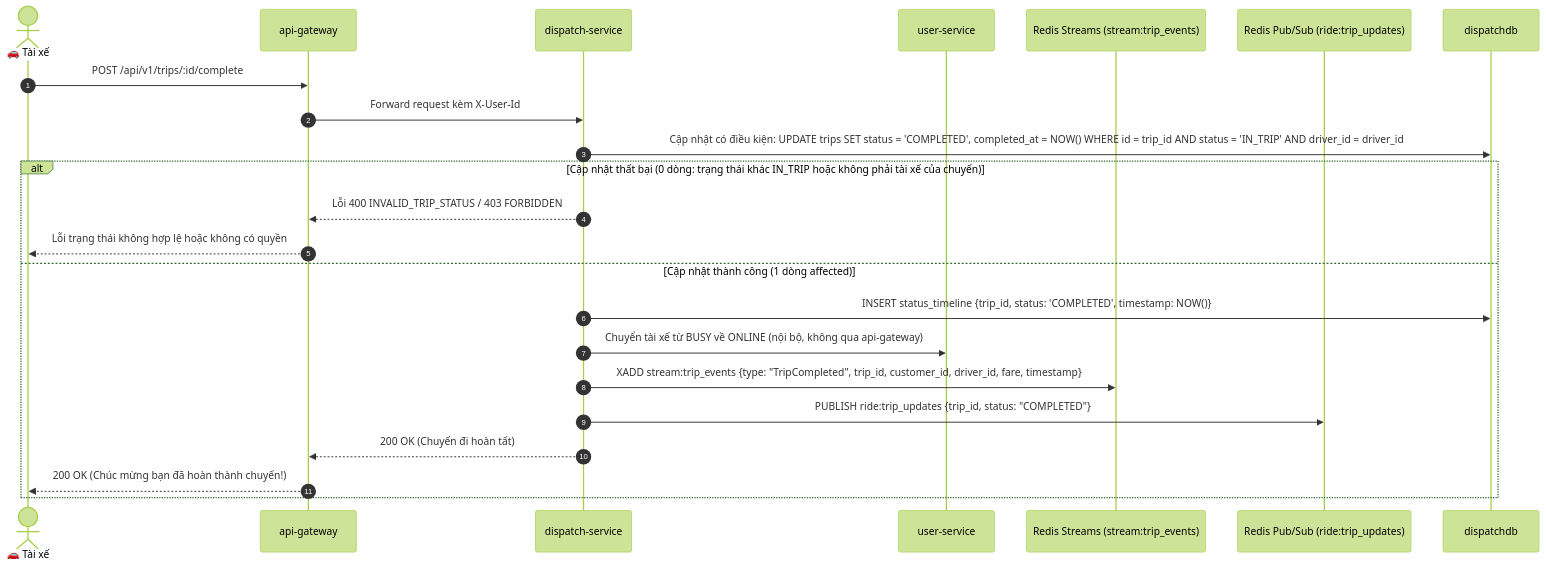
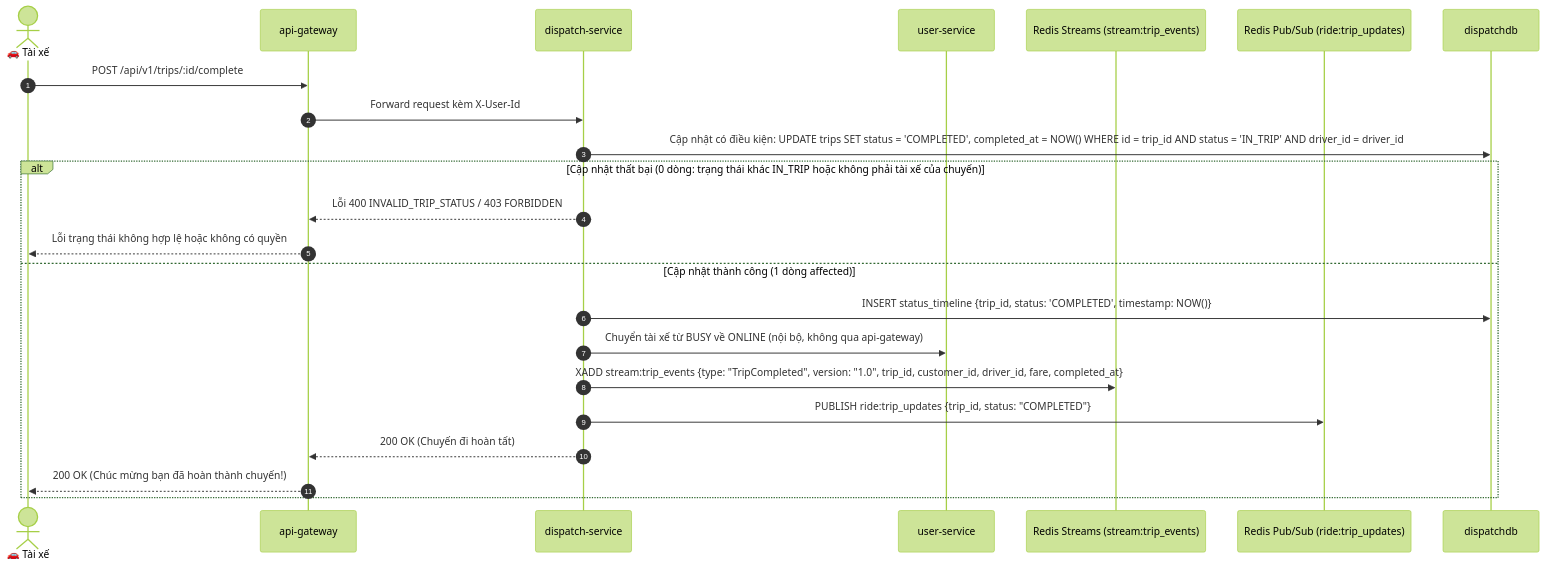
The diagram in docs/02-use-cases/uc-04-chuyen-di-va-huy.md (HaiTrieu186/JB-IOC-PTHB251125_BE105_Devops_Ride_Hailling), drawn with Mermaid (forest theme) before and after one commit. The commit also changed other lines of this file and 16 other files, not shown here.

````diff
--- a/docs/02-use-cases/uc-04-chuyen-di-va-huy.md
+++ b/docs/02-use-cases/uc-04-chuyen-di-va-huy.md
@@ -12,30 +12,30 @@
 ```mermaid
 sequenceDiagram
     autonumber
     actor Driver as 🚗 Tài xế
     participant Gateway as api-gateway
     participant DispatchSvc as dispatch-service
     participant UserSvc as user-service
     participant RedisStreams as Redis Streams (stream:trip_events)
     participant RedisPubSub as Redis Pub/Sub (ride:trip_updates)
     participant DB as dispatchdb
 
     Driver->>Gateway: POST /api/v1/trips/:id/complete
     Gateway->>DispatchSvc: Forward request kèm X-User-Id
     
     DispatchSvc->>DB: Cập nhật có điều kiện: UPDATE trips SET status = 'COMPLETED', completed_at = NOW() WHERE id = trip_id AND status = 'IN_TRIP' AND driver_id = driver_id
     alt Cập nhật thất bại (0 dòng: trạng thái khác IN_TRIP hoặc không phải tài xế của chuyến)
         DispatchSvc-->>Gateway: Lỗi 400 INVALID_TRIP_STATUS / 403 FORBIDDEN
         Gateway-->>Driver: Lỗi trạng thái không hợp lệ hoặc không có quyền
     else Cập nhật thành công (1 dòng affected)
         DispatchSvc->>DB: INSERT status_timeline {trip_id, status: 'COMPLETED', timestamp: NOW()}
         
         DispatchSvc->>UserSvc: Chuyển tài xế từ BUSY về ONLINE (nội bộ, không qua api-gateway)
         
-        DispatchSvc->>RedisStreams: XADD stream:trip_events {type: "TripCompleted", trip_id, customer_id, driver_id, fare, timestamp}
+        DispatchSvc->>RedisStreams: XADD stream:trip_events {type: "TripCompleted", version: "1.0", trip_id, customer_id, driver_id, fare, completed_at}
         DispatchSvc->>RedisPubSub: PUBLISH ride:trip_updates {trip_id, status: "COMPLETED"}
         
         DispatchSvc-->>Gateway: 200 OK (Chuyến đi hoàn tất)
         Gateway-->>Driver: 200 OK (Chúc mừng bạn đã hoàn thành chuyến!)
     end
 ```
````
